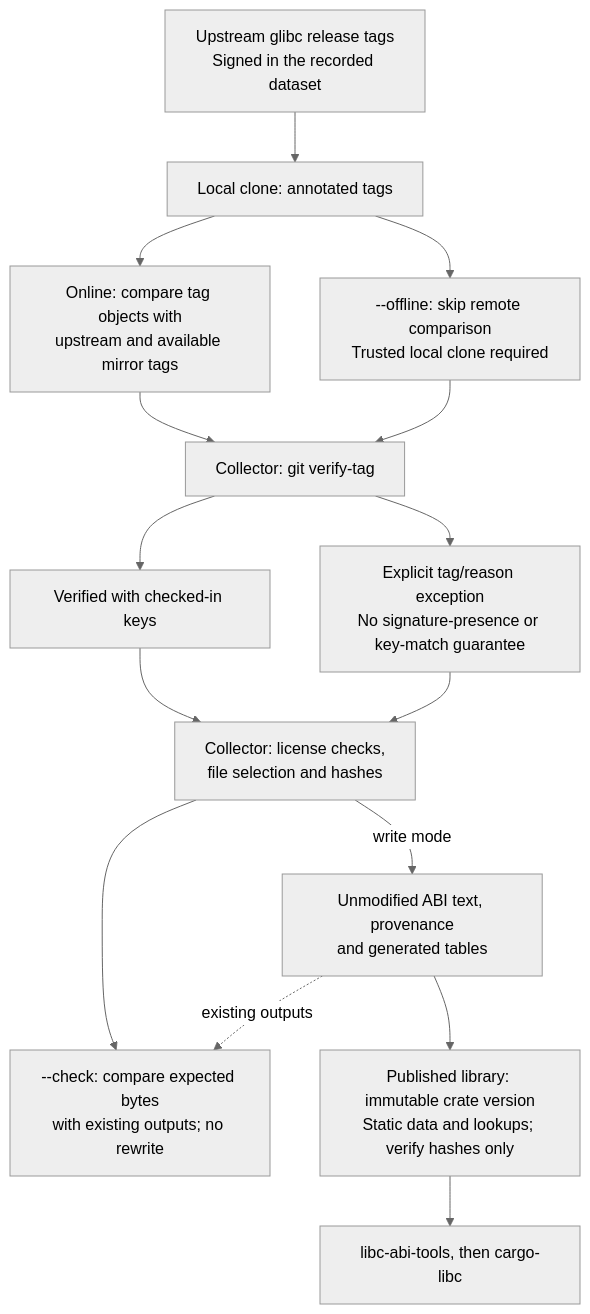
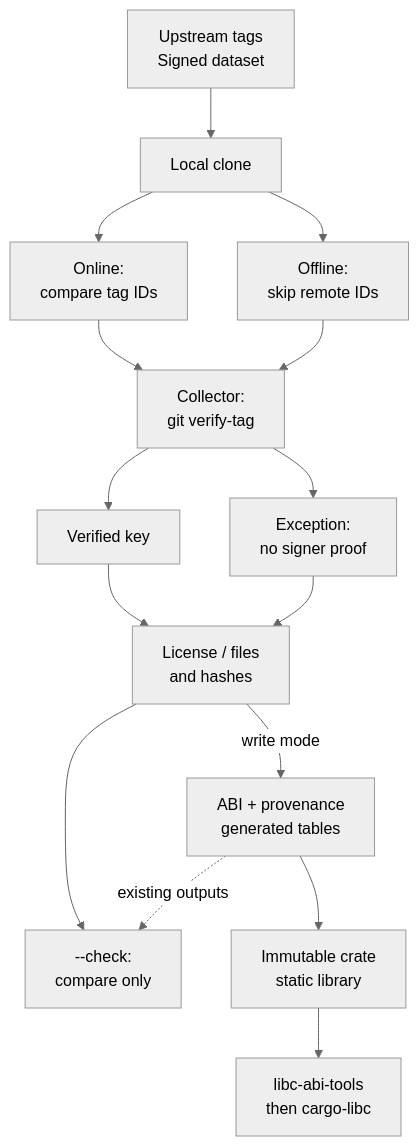
One commit to rustcommons/glibc-abilists changed the diagram in docs/COLLECTING.md. Above: the diagram before and after it, drawn with Mermaid (neutral theme). The commit also changed other lines of this file, not shown here.

Commit message:
docs: shorten diagram labels for GitHub rendering

````diff
--- a/docs/COLLECTING.md
+++ b/docs/COLLECTING.md
@@ -35,17 +38,17 @@
 ```mermaid
 flowchart TD
-    U["Upstream glibc release tags<br/>Signed in the recorded dataset"] --> L["Local clone: annotated tags"]
-    L --> O["Online: compare tag objects with<br/>upstream and available mirror tags"]
-    L --> F["--offline: skip remote comparison<br/>Trusted local clone required"]
-    O --> S["Collector: git verify-tag"]
+    U["Upstream tags<br/>Signed dataset"] --> L["Local clone"]
+    L --> O["Online:<br/>compare tag IDs"]
+    L --> F["Offline:<br/>skip remote IDs"]
+    O --> S["Collector:<br/>git verify-tag"]
     F --> S
-    S --> V["Verified with checked-in keys"]
-    S --> E["Explicit tag/reason exception<br/>No signature-presence or key-match guarantee"]
-    V --> C["Collector: license checks,<br/>file selection and hashes"]
+    S --> V["Verified key"]
+    S --> E["Exception:<br/>no signer proof"]
+    V --> C["License / files<br/>and hashes"]
     E --> C
-    C --> Q["--check: compare expected bytes<br/>with existing outputs; no rewrite"]
-    C -->|write mode| D["Unmodified ABI text, provenance<br/>and generated tables"]
+    C --> Q["--check:<br/>compare only"]
+    C -->|write mode| D["ABI + provenance<br/>generated tables"]
     D -.->|existing outputs| Q
-    D --> B["Published library: immutable crate version<br/>Static data and lookups; verify hashes only"]
-    B --> T["libc-abi-tools, then cargo-libc"]
+    D --> B["Immutable crate<br/>static library"]
+    B --> T["libc-abi-tools<br/>then cargo-libc"]
 ```
````
